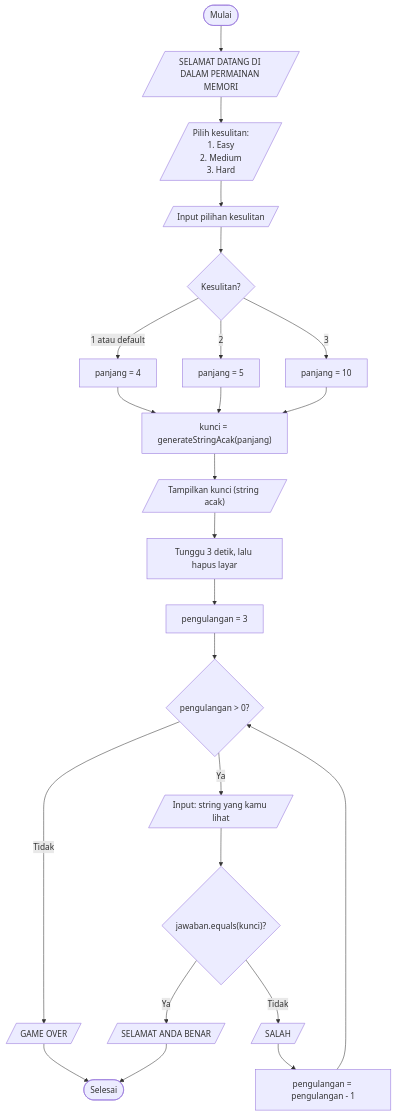
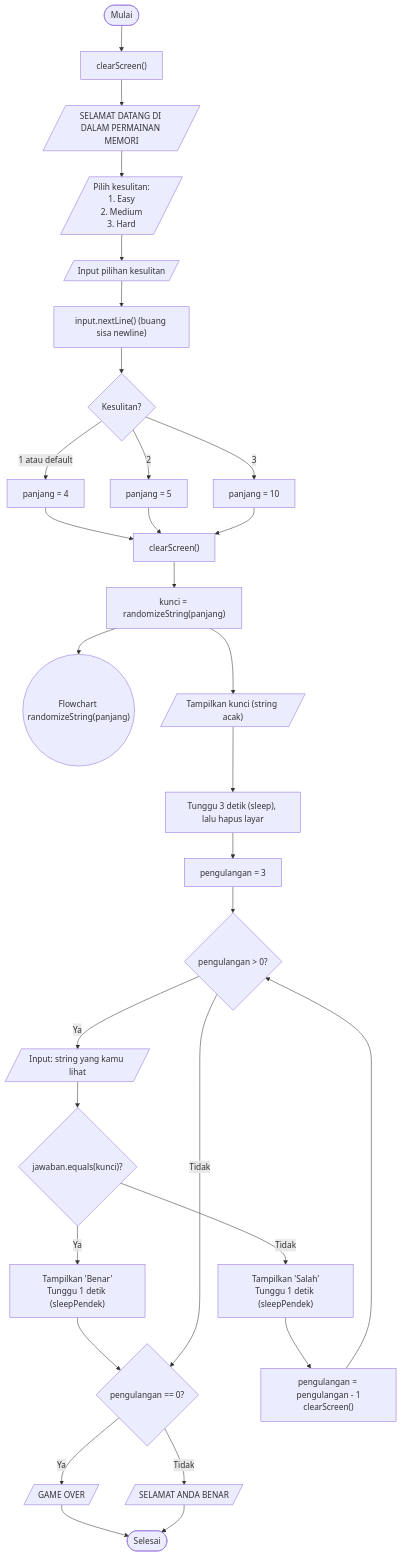
Before and after one commit to Athsqib/Memory-Game---Java: the second of 3 diagrams in flow_control.md, drawn with Mermaid. The commit also changed other lines of this file, not shown here.

Commit message:
Update flowchart dengan situasi kode baru

````diff
--- a/flow_control.md
+++ b/flow_control.md
@@ -61,26 +51,33 @@
 ```mermaid
 flowchart TD
-    A([Mulai]) --> B[/"SELAMAT DATANG DI DALAM PERMAINAN MEMORI"/]
+    A([Mulai]) --> A1["clearScreen()"]
+    A1 --> B[/"SELAMAT DATANG DI DALAM PERMAINAN MEMORI"/]
     B --> C[/"Pilih kesulitan:<br/>1. Easy<br/>2. Medium<br/>3. Hard"/]
     C --> D[/Input pilihan kesulitan/]
-    D --> E{Kesulitan?}
+    D --> D1["input.nextLine() (buang sisa newline)"]
+    D1 --> E{Kesulitan?}
     E -->|1 atau default| F["panjang = 4"]
     E -->|2| G["panjang = 5"]
     E -->|3| H["panjang = 10"]
-    F --> I["kunci = generateStringAcak(panjang)"]
+    F --> I["clearScreen()"]
     G --> I
     H --> I
-    I --> J[/"Tampilkan kunci (string acak)"/]
-    J --> K["Tunggu 3 detik, lalu hapus layar"]
+    I --> I1["kunci = randomizeString(panjang)"]
+    I1 --> I2(("Flowchart randomizeString(panjang)"))
+    I1 --> J[/"Tampilkan kunci (string acak)"/]
+    J --> K["Tunggu 3 detik (sleep), lalu hapus layar"]
     K --> L["pengulangan = 3"]
     L --> M{"pengulangan > 0?"}
-    M -->|Tidak| Q[/"GAME OVER"/]
     M -->|Ya| N[/"Input: string yang kamu lihat"/]
     N --> O{"jawaban.equals(kunci)?"}
-    O -->|Ya| P[/"SELAMAT ANDA BENAR"/]
-    O -->|Tidak| S[/"SALAH"/]
-    S --> T["pengulangan = pengulangan - 1"]
+    O -->|Ya| P["Tampilkan 'Benar'<br/>Tunggu 1 detik (sleepPendek)"]
+    P --> R{"pengulangan == 0?"}
+    O -->|Tidak| S["Tampilkan 'Salah'<br/>Tunggu 1 detik (sleepPendek)"]
+    S --> T["pengulangan = pengulangan - 1<br/>clearScreen()"]
     T --> M
-    P --> Z([Selesai])
-    Q --> Z
+    M -->|Tidak| R
+    R -->|Ya| Q[/"GAME OVER"/]
+    R -->|Tidak| Y[/"SELAMAT ANDA BENAR"/]
+    Q --> Z([Selesai])
+    Y --> Z
 ```
````
